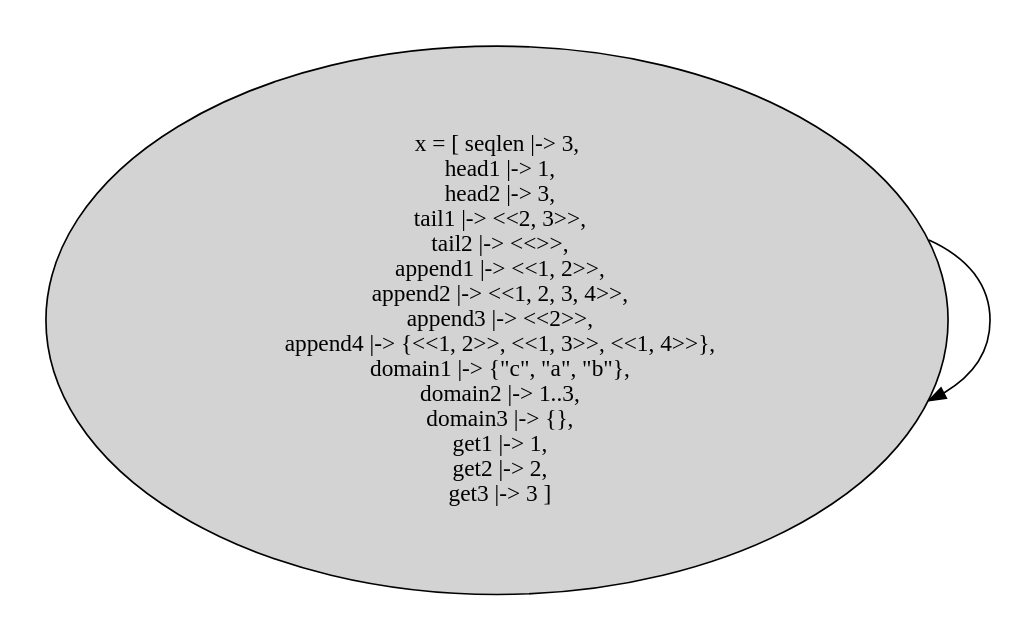
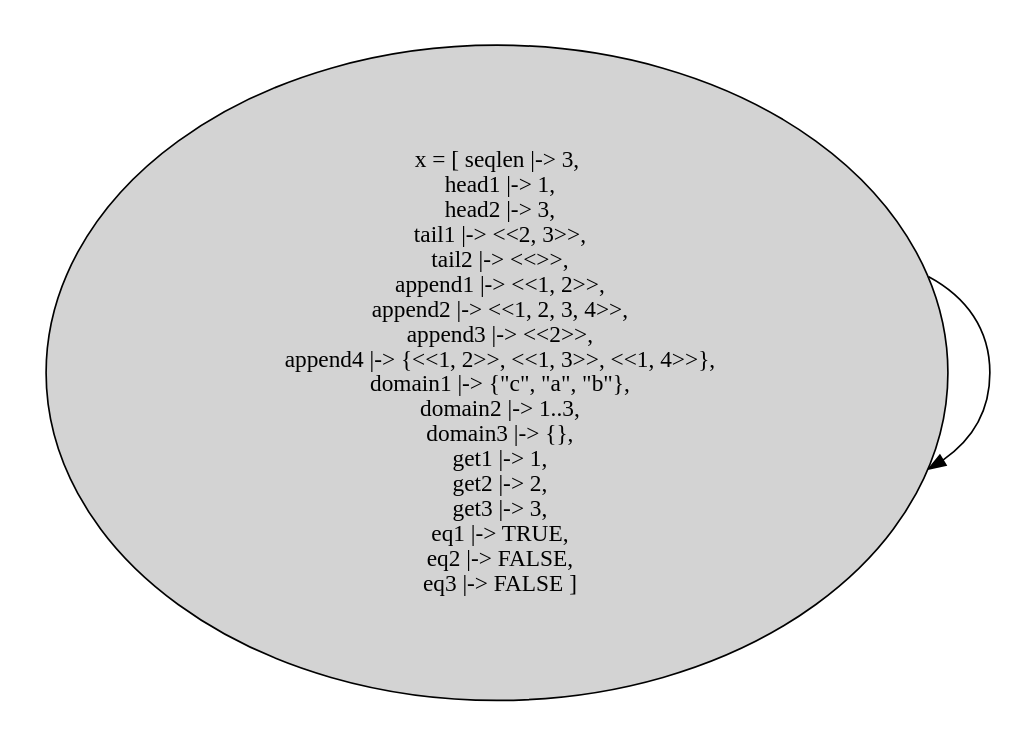
The diagram in specs/with_state_graphs/simple_seq.tla.dot (will62794/tla-web), drawn with Graphviz before and after one commit. The commit also changed 6 other files, not shown here.

```diff
--- a/specs/with_state_graphs/simple_seq.tla.dot
+++ b/specs/with_state_graphs/simple_seq.tla.dot
@@ -1,9 +1,9 @@
 strict digraph DiskGraph {
 nodesep=0.35;
 subgraph cluster_graph {
 color="white";
-7623645382437179022 [label="x = [ seqlen |-> 3,\n  head1 |-> 1,\n  head2 |-> 3,\n  tail1 |-> <<2, 3>>,\n  tail2 |-> <<>>,\n  append1 |-> <<1, 2>>,\n  append2 |-> <<1, 2, 3, 4>>,\n  append3 |-> <<2>>,\n  append4 |-> {<<1, 2>>, <<1, 3>>, <<1, 4>>},\n  domain1 |-> {\"c\", \"a\", \"b\"},\n  domain2 |-> 1..3,\n  domain3 |-> {},\n  get1 |-> 1,\n  get2 |-> 2,\n  get3 |-> 3 ]",style = filled]
-7623645382437179022 -> 7623645382437179022 [label="",color="black",fontcolor="black"];
-{rank = same; 7623645382437179022;}
+7494353129033501574 [label="x = [ seqlen |-> 3,\n  head1 |-> 1,\n  head2 |-> 3,\n  tail1 |-> <<2, 3>>,\n  tail2 |-> <<>>,\n  append1 |-> <<1, 2>>,\n  append2 |-> <<1, 2, 3, 4>>,\n  append3 |-> <<2>>,\n  append4 |-> {<<1, 2>>, <<1, 3>>, <<1, 4>>},\n  domain1 |-> {\"c\", \"a\", \"b\"},\n  domain2 |-> 1..3,\n  domain3 |-> {},\n  get1 |-> 1,\n  get2 |-> 2,\n  get3 |-> 3,\n  eq1 |-> TRUE,\n  eq2 |-> FALSE,\n  eq3 |-> FALSE ]",style = filled]
+7494353129033501574 -> 7494353129033501574 [label="",color="black",fontcolor="black"];
+{rank = same; 7494353129033501574;}
 }
 }
```
